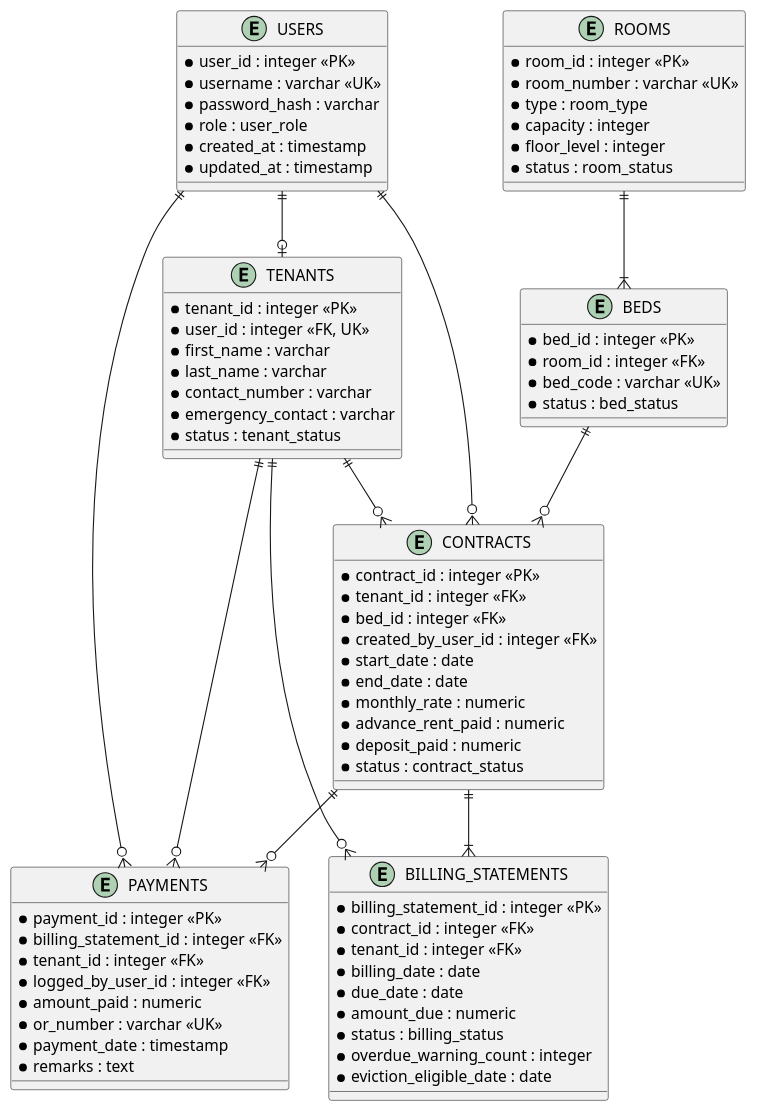
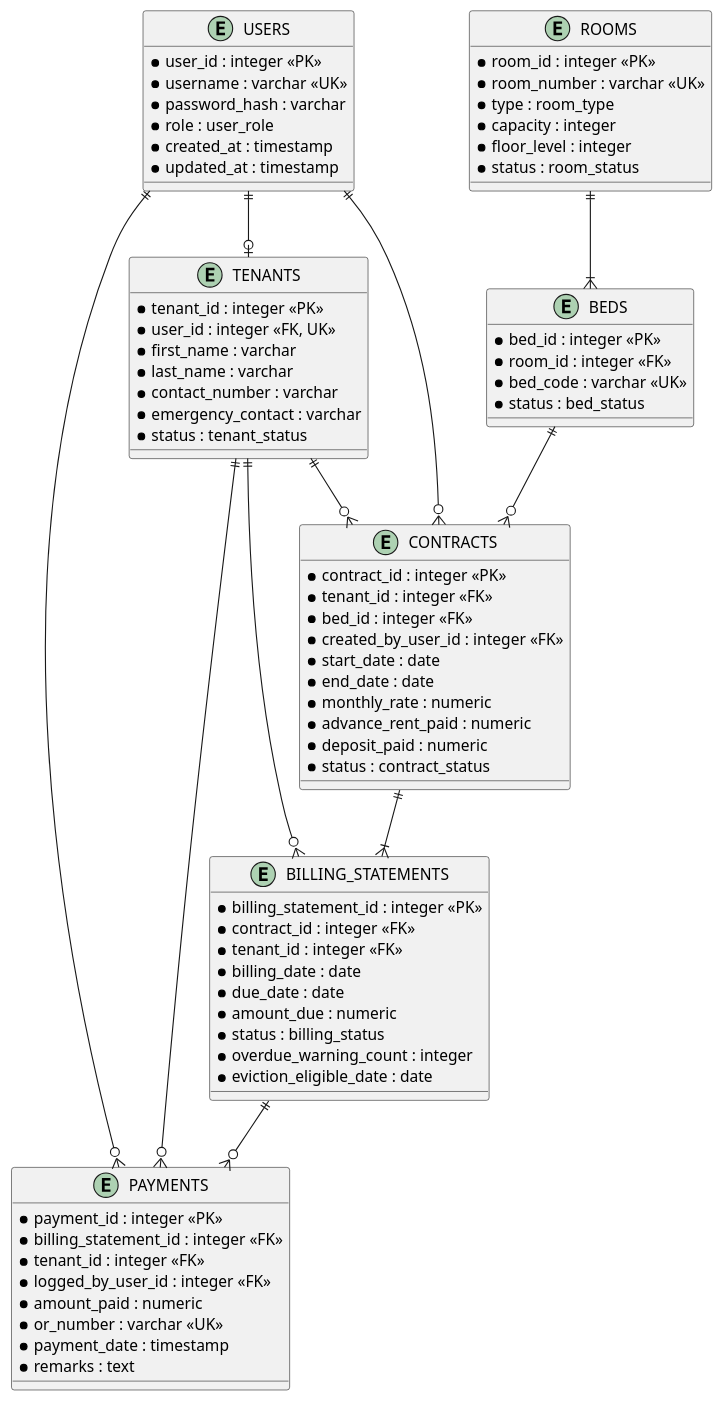
Before and after one commit to Artsk1e/-RenTahanan-A-Bedspace-Occupancy-and-Rent-Management-System: the second of 2 diagrams in docs/diagrams/ERD.md, drawn with PlantUML. The commit also changed other lines of this file and 3 other files, not shown here.

First line of the commit message:
docs: complete structural alignment — ERD, class diagrams, requirements, and database schema synchronized

````diff
--- a/docs/diagrams/ERD.md
+++ b/docs/diagrams/ERD.md
@@ -320,6 +320,6 @@
 TENANTS ||--o{ BILLING_STATEMENTS
 TENANTS ||--o{ PAYMENTS
 CONTRACTS ||--|{ BILLING_STATEMENTS
-CONTRACTS ||--o{ PAYMENTS
+BILLING_STATEMENTS ||--o{ PAYMENTS
 @enduml
 ```
````
